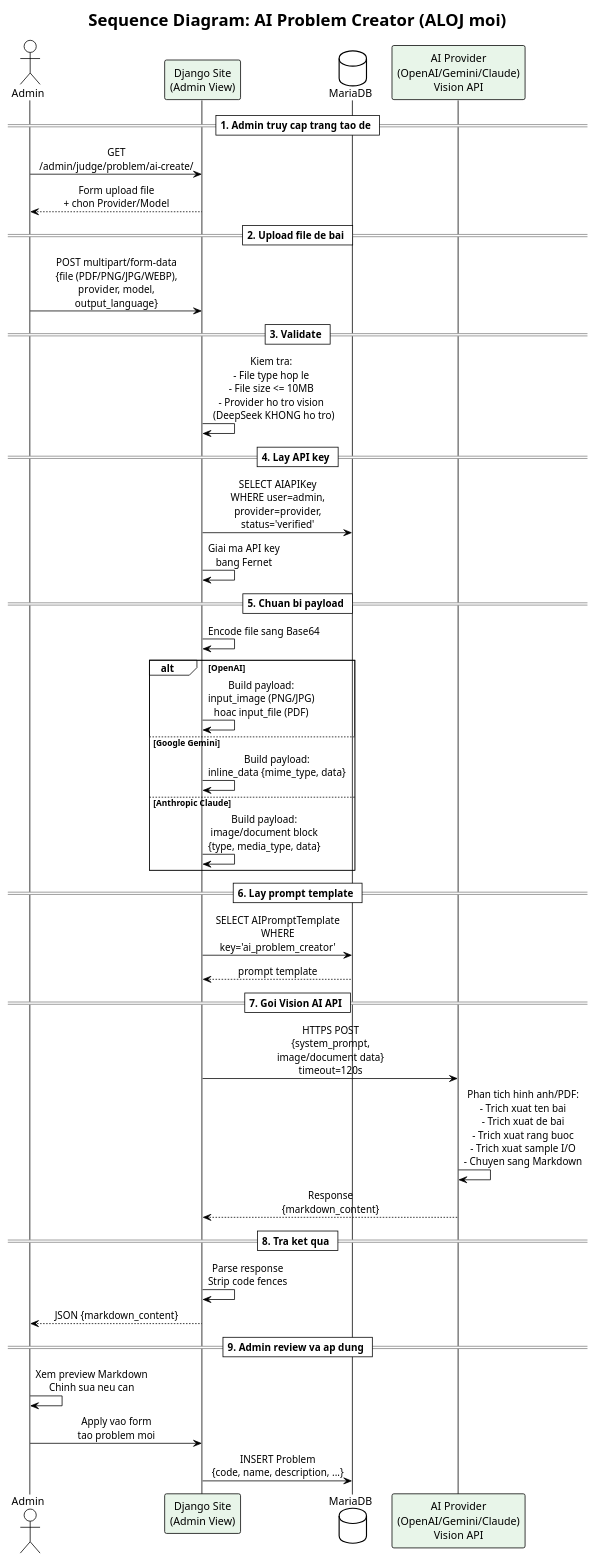
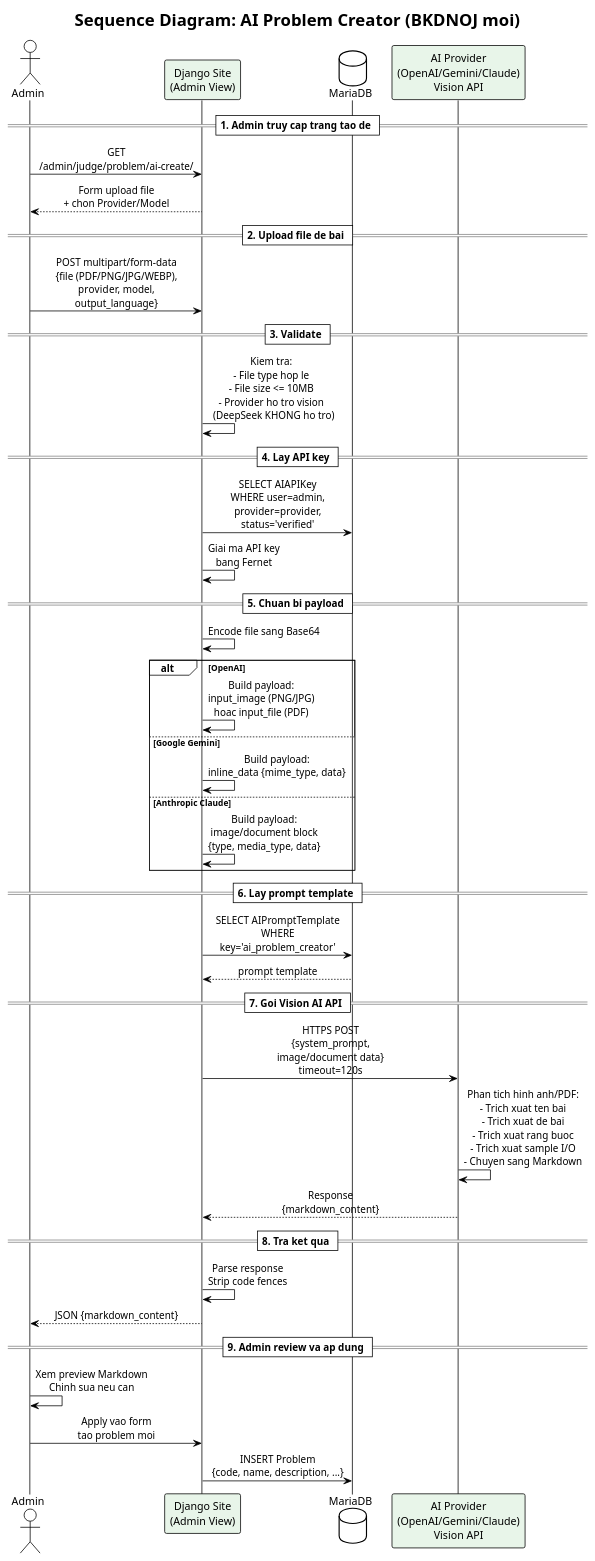
The diagram in document/gzx/09_sequence_ai_problem_creator.puml (Algorit-loop/My-Online-Judge), drawn with PlantUML before and after one commit. The commit also changed 44 other files, not shown here.

```diff
--- a/document/gzx/09_sequence_ai_problem_creator.puml
+++ b/document/gzx/09_sequence_ai_problem_creator.puml
@@ -1,61 +1,61 @@
 @startuml Sequence_AI_Problem_Creator
 !theme plain
 skinparam sequenceMessageAlign center
 skinparam maxMessageSize 200
 skinparam participant {
   BackgroundColor #E8F5E9
 }
 
-title Sequence Diagram: AI Problem Creator (ALOJ moi)
+title Sequence Diagram: AI Problem Creator (BKDNOJ moi)
 
 actor "Admin" as A
 participant "Django Site\n(Admin View)" as Site
 database "MariaDB" as DB
 participant "AI Provider\n(OpenAI/Gemini/Claude)\nVision API" as AI
 
 == 1. Admin truy cap trang tao de ==
 A -> Site : GET /admin/judge/problem/ai-create/
 Site --> A : Form upload file\n+ chon Provider/Model
 
 == 2. Upload file de bai ==
 A -> Site : POST multipart/form-data\n{file (PDF/PNG/JPG/WEBP),\nprovider, model, output_language}
 
 == 3. Validate ==
 Site -> Site : Kiem tra:\n- File type hop le\n- File size <= 10MB\n- Provider ho tro vision\n  (DeepSeek KHONG ho tro)
 
 == 4. Lay API key ==
 Site -> DB : SELECT AIAPIKey\nWHERE user=admin,\nprovider=provider,\nstatus='verified'
 Site -> Site : Giai ma API key\nbang Fernet
 
 == 5. Chuan bi payload ==
 Site -> Site : Encode file sang Base64
 
 alt OpenAI
   Site -> Site : Build payload:\ninput_image (PNG/JPG)\nhoac input_file (PDF)
 else Google Gemini
   Site -> Site : Build payload:\ninline_data {mime_type, data}
 else Anthropic Claude
   Site -> Site : Build payload:\nimage/document block\n{type, media_type, data}
 end
 
 == 6. Lay prompt template ==
 Site -> DB : SELECT AIPromptTemplate\nWHERE key='ai_problem_creator'
 DB --> Site : prompt template
 
 == 7. Goi Vision AI API ==
 Site -> AI : HTTPS POST\n{system_prompt,\nimage/document data}\ntimeout=120s
 
 AI -> AI : Phan tich hinh anh/PDF:\n- Trich xuat ten bai\n- Trich xuat de bai\n- Trich xuat rang buoc\n- Trich xuat sample I/O\n- Chuyen sang Markdown
 
 AI --> Site : Response\n{markdown_content}
 
 == 8. Tra ket qua ==
 Site -> Site : Parse response\nStrip code fences
 Site --> A : JSON {markdown_content}
 
 == 9. Admin review va ap dung ==
 A -> A : Xem preview Markdown\nChinh sua neu can
 A -> Site : Apply vao form\ntao problem moi
 Site -> DB : INSERT Problem\n{code, name, description, ...}
 
 @enduml
```
